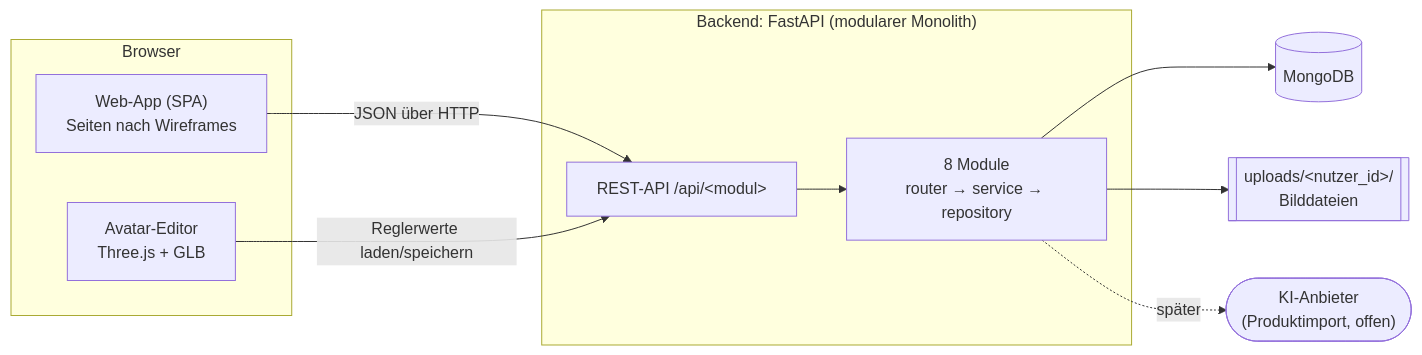
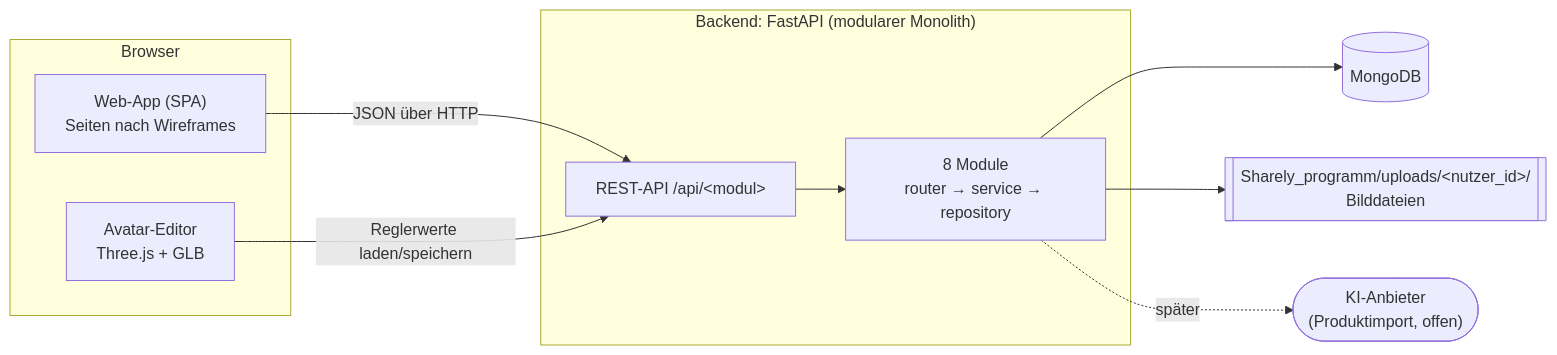
Before and after one commit to Kathamesser/digitaler-Kleiderschrank: the first of 2 diagrams in docs/PROJEKTDOKUMENTATION.md, drawn with Mermaid. The commit also changed other lines of this file and 90 other files, not shown here.

First line of the commit message:
Anwendung in Ordner Sharely_programm verschoben

````diff
--- a/docs/PROJEKTDOKUMENTATION.md
+++ b/docs/PROJEKTDOKUMENTATION.md
@@ -182,20 +182,20 @@
 ```mermaid
 flowchart LR
     subgraph Browser
         UI["Web-App (SPA)<br/>Seiten nach Wireframes"]
         ED["Avatar-Editor<br/>Three.js + GLB"]
     end
     subgraph Server["Backend: FastAPI (modularer Monolith)"]
         API["REST-API /api/&lt;modul&gt;"]
         M["8 Module<br/>router → service → repository"]
     end
     DB[("MongoDB")]
-    FS[["uploads/&lt;nutzer_id&gt;/<br/>Bilddateien"]]
+    FS[["Sharely_programm/uploads/&lt;nutzer_id&gt;/<br/>Bilddateien"]]
     KI(["KI-Anbieter<br/>(Produktimport, offen)"])
     UI -- "JSON über HTTP" --> API
     ED -- "Reglerwerte laden/speichern" --> API
     API --> M
     M --> DB
     M --> FS
     M -. später .-> KI
 ```
````
